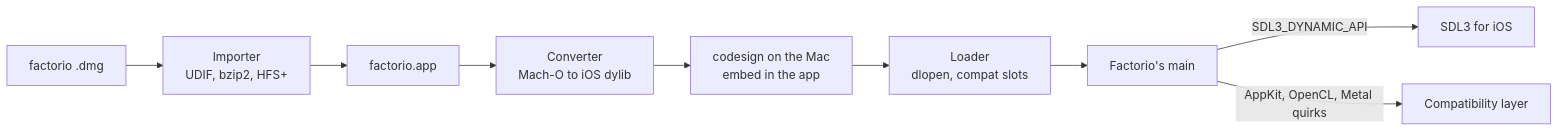
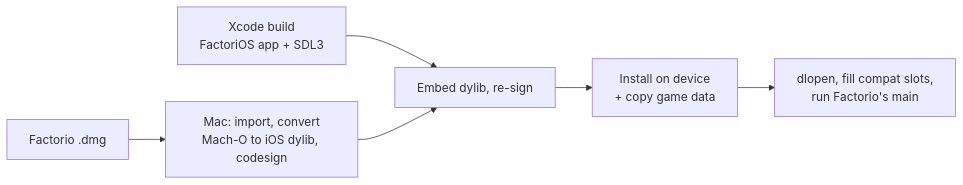
The diagram in README.md (klesersurovyj-a11y/factorios), drawn with Mermaid before and after one commit. The commit also changed other lines of this file and 25 other files, not shown here.

First line of the commit message:
Prepare the repository for open source

````diff
--- a/README.md
+++ b/README.md
@@ -13,11 +40,8 @@
 ```mermaid
 flowchart LR
-    dmg[factorio .dmg] --> importer[Importer<br/>UDIF, bzip2, HFS+]
-    importer --> app[factorio.app]
-    app --> converter[Converter<br/>Mach-O to iOS dylib]
-    converter --> signer[codesign on the Mac<br/>embed in the app]
-    signer --> loader[Loader<br/>dlopen, compat slots]
-    loader --> game[Factorio's main]
-    game -- SDL3_DYNAMIC_API --> sdl[SDL3 for iOS]
-    game -- AppKit, OpenCL, Metal quirks --> compat[Compatibility layer]
+    dmg[Factorio .dmg] --> prepare[Mac: import, convert<br/>Mach-O to iOS dylib, codesign]
+    xcode[Xcode build<br/>FactoriOS app + SDL3] --> embed[Embed dylib, re-sign]
+    prepare --> embed
+    embed --> device[Install on device<br/>+ copy game data]
+    device --> run[dlopen, fill compat slots,<br/>run Factorio's main]
 ```
````
